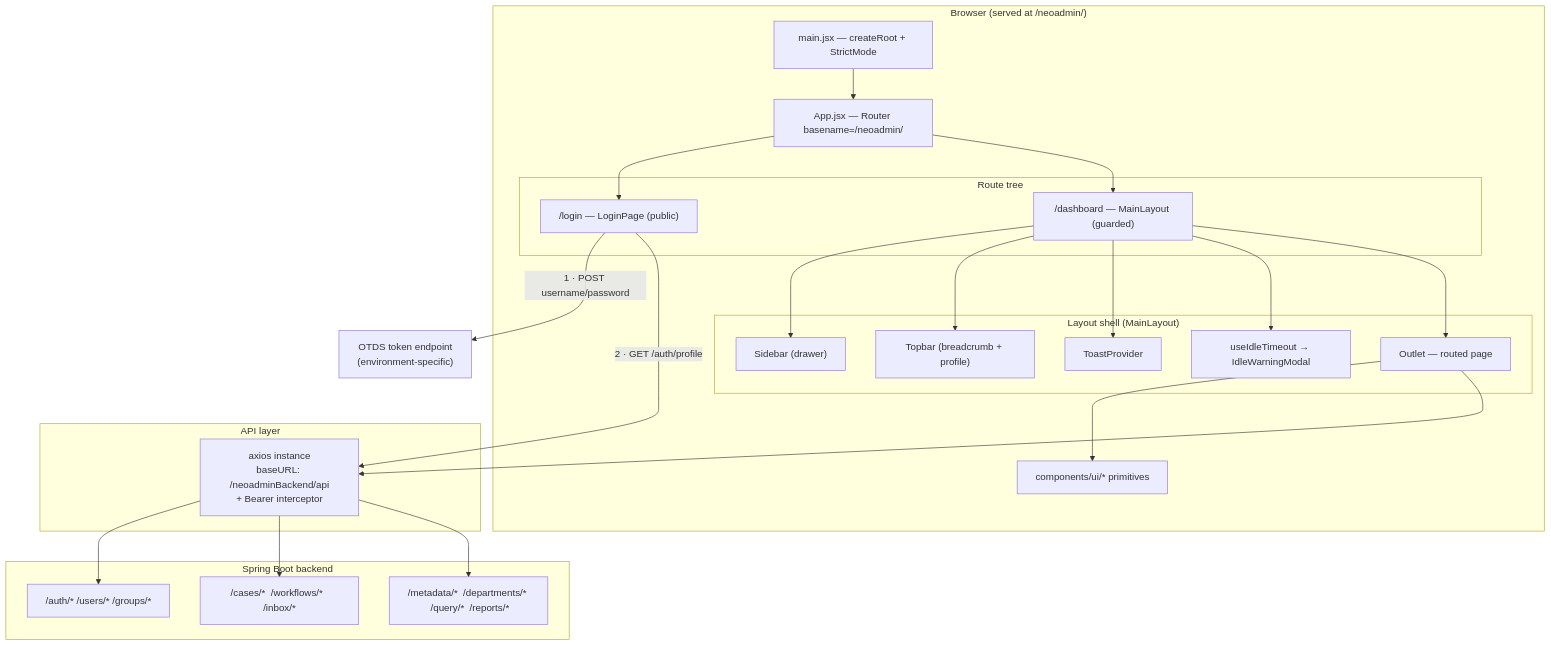
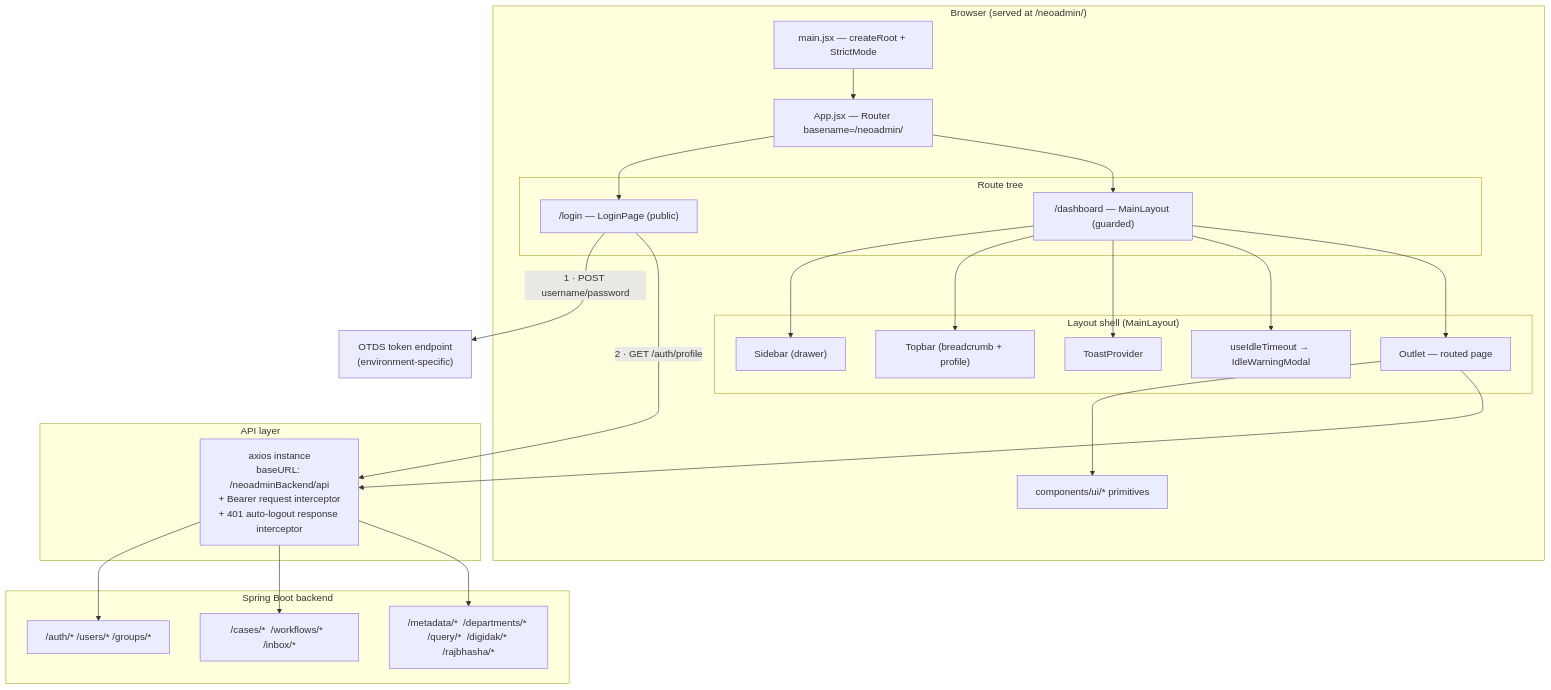
One commit to Ramanjaneyulu-V-V-S/NEO-ADMIN changed the first of 2 diagrams in techdocs/frontend-architecture.md. Above: the diagram before and after it, drawn with Mermaid. The commit also changed other lines of this file, not shown here.

First line of the commit message:
docs: refresh frontend architecture doc for redesign + security changes

````diff
--- a/techdocs/frontend-architecture.md
+++ b/techdocs/frontend-architecture.md
@@ -34,49 +34,49 @@
 ```mermaid
 flowchart TB
     subgraph Browser["Browser  (served at /neoadmin/)"]
         main["main.jsx — createRoot + StrictMode"]
         app["App.jsx — Router basename=/neoadmin/"]
         main --> app
 
         subgraph Routes["Route tree"]
             login["/login — LoginPage (public)"]
             dash["/dashboard — MainLayout (guarded)"]
         end
         app --> login
         app --> dash
 
         subgraph Shell["Layout shell (MainLayout)"]
             sidebar["Sidebar (drawer)"]
             topbar["Topbar (breadcrumb + profile)"]
             toast["ToastProvider"]
             idle["useIdleTimeout → IdleWarningModal"]
             outlet["Outlet — routed page"]
         end
         dash --> sidebar
         dash --> topbar
         dash --> toast
         dash --> idle
         dash --> outlet
 
         outlet --> ui["components/ui/* primitives"]
     end
 
     subgraph API["API layer"]
-        axiosInstance["axios instance\nbaseURL: /neoadminBackend/api\n+ Bearer interceptor"]
+        axiosInstance["axios instance<br/>baseURL: /neoadminBackend/api<br/>+ Bearer request interceptor<br/>+ 401 auto-logout response interceptor"]
     end
 
-    otds["OTDS token endpoint\n(environment-specific)"]
+    otds["OTDS token endpoint<br/>(environment-specific)"]
 
     login -->|"1 · POST username/password"| otds
     login -->|"2 · GET /auth/profile"| axiosInstance
     outlet --> axiosInstance
 
     subgraph Backend["Spring Boot backend"]
         b1["/auth/*  /users/*  /groups/*"]
         b2["/cases/*  /workflows/*  /inbox/*"]
-        b3["/metadata/*  /departments/*  /query/*  /reports/*"]
+        b3["/metadata/*  /departments/*  /query/*  /digidak/*  /rajbhasha/*"]
     end
     axiosInstance --> b1
     axiosInstance --> b2
     axiosInstance --> b3
 ```
````
